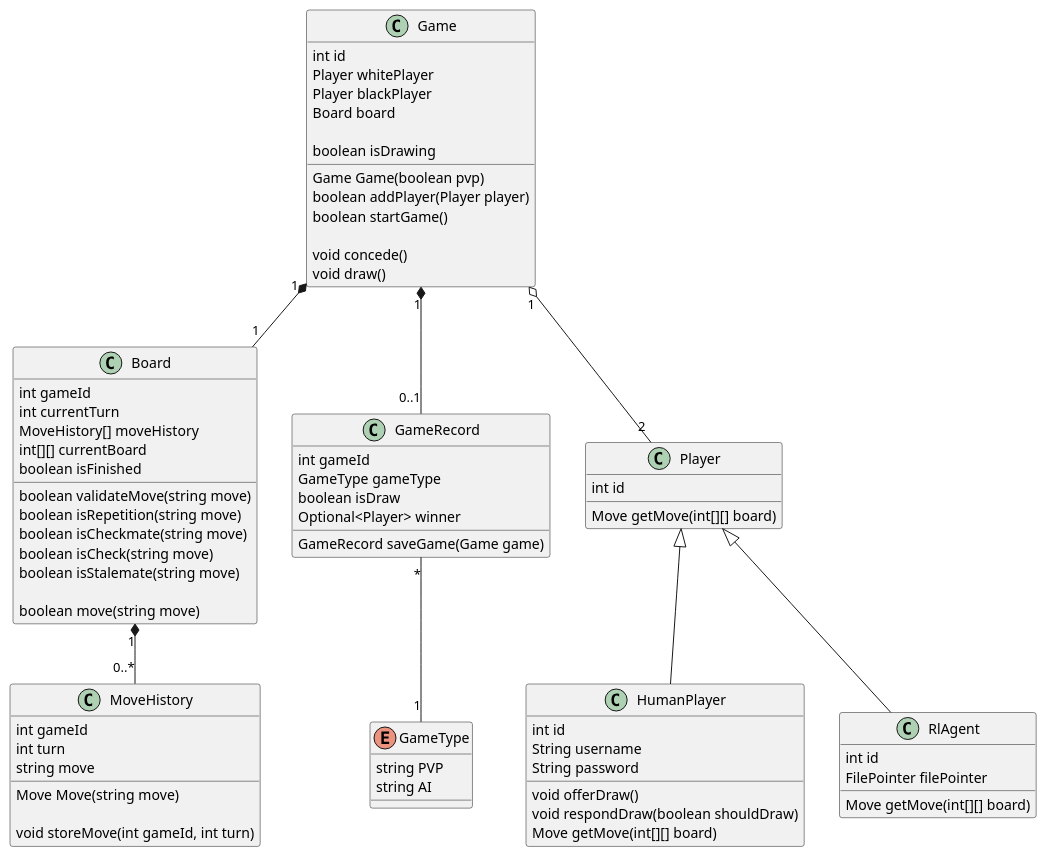
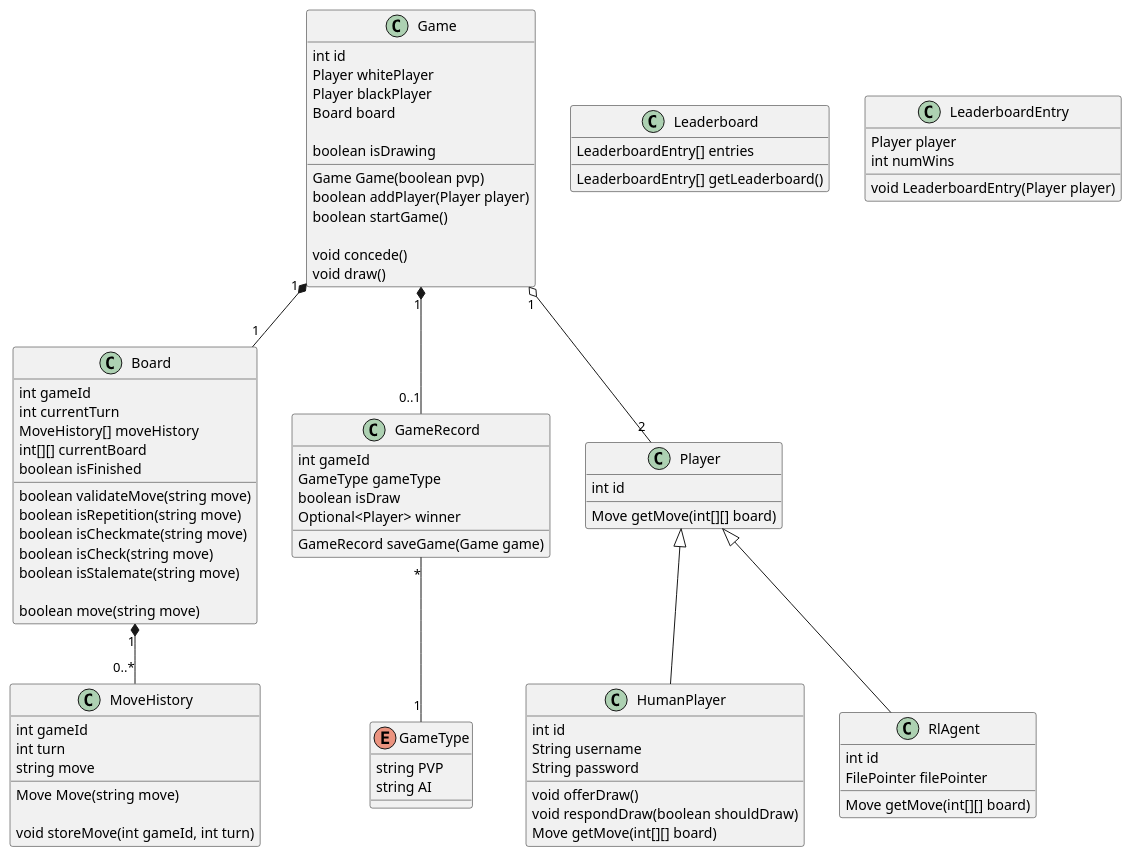
Before and after one commit to ECE493-W22-G04/rl-chess: the diagram in docs/preliminary_design_diagrams/classdiagram.puml, drawn with PlantUML. The commit also changed 1 other file, not shown here.

Commit message:
Add leaderboard UML diagrams

```diff
--- a/docs/preliminary_design_diagrams/classdiagram.puml
+++ b/docs/preliminary_design_diagrams/classdiagram.puml
@@ -1,95 +1,108 @@
 @startuml
 
 class Board {
   int gameId
   int currentTurn
   MoveHistory[] moveHistory
   int[][] currentBoard
   boolean isFinished
 
   boolean validateMove(string move)
   boolean isRepetition(string move)
   boolean isCheckmate(string move)
   boolean isCheck(string move)
   boolean isStalemate(string move)
 
   boolean move(string move)
 }
 
 class MoveHistory {
   int gameId
   int turn
   string move
 
   Move Move(string move)
 
   void storeMove(int gameId, int turn)
 }
 
 Board "1" *-- "0..*" MoveHistory
 
 class Game {
   int id
   Player whitePlayer
   Player blackPlayer
   Board board
   
   boolean isDrawing
 
   Game Game(boolean pvp)
   boolean addPlayer(Player player)
   boolean startGame()
 
   void concede()
   void draw()
 }
 
 Game "1" *-- "1" Board
 
 class GameRecord {
   int gameId
   GameType gameType
   boolean isDraw
   Optional<Player> winner
   
   GameRecord saveGame(Game game)
 }
 
 enum GameType {
   string PVP
   string AI
 }
 
 GameRecord "*" -- "1" GameType
 
 class Player {
   int id
 
   Move getMove(int[][] board)
 }
 
 class HumanPlayer {
   int id
   String username
   String password
 
   void offerDraw()
   void respondDraw(boolean shouldDraw)
   Move getMove(int[][] board)
 }
 
 class RlAgent {
   int id
   FilePointer filePointer
 
   Move getMove(int[][] board)
 }
 
 Game "1" o-- "2" Player
 
 Player <|-- RlAgent
 Player <|-- HumanPlayer
 
 Game "1" *-- "0..1" GameRecord
 
+class Leaderboard {
+  LeaderboardEntry[] entries
+
+  LeaderboardEntry[] getLeaderboard()
+}
+
+class LeaderboardEntry {
+  Player player
+  int numWins
+
+  void LeaderboardEntry(Player player)
+}
+
 @enduml
```
